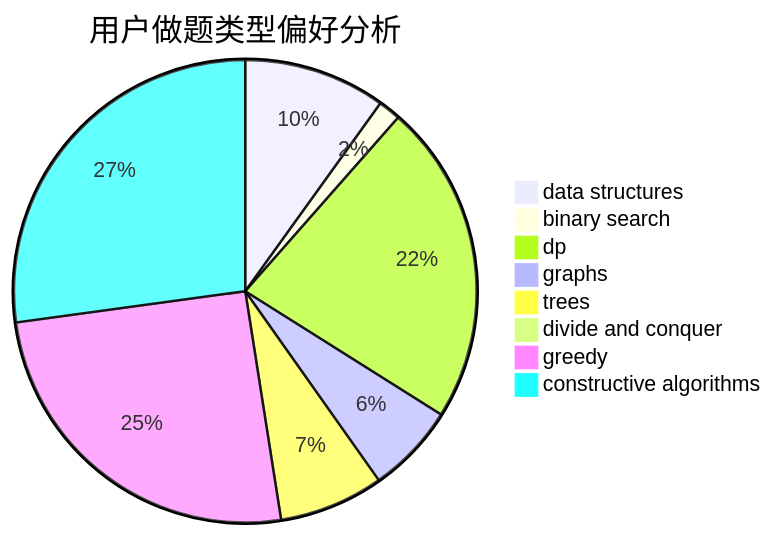
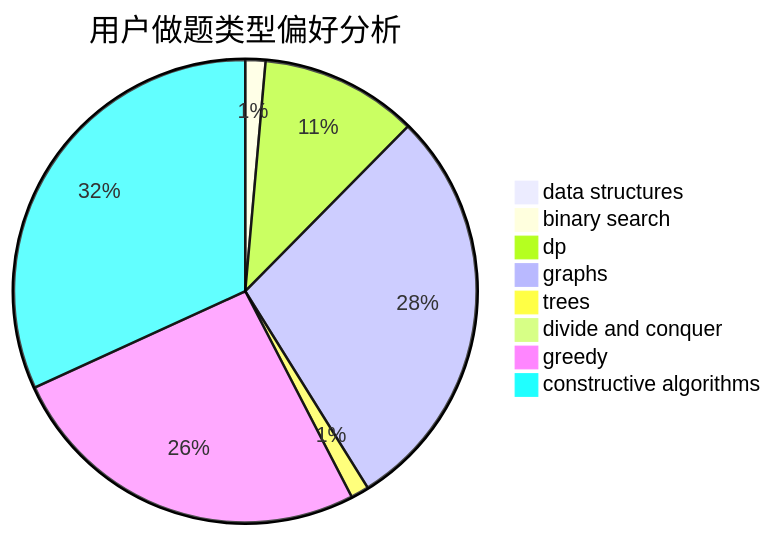
Before and after one commit to sherpahu/cfrs.github.io: the second of 3 diagrams in docs/user/u2104.md, drawn with Mermaid. The commit also changed other lines of this file and 2770 other files, not shown here.

````diff
--- a/docs/user/u2104.md
+++ b/docs/user/u2104.md
@@ -23,11 +23,11 @@
 ```mermaid
 pie title 用户做题类型偏好分析
-    "data structures" :  38
-    "binary search" :  6
-    "dp" :  86
-    "graphs" :  24
-    "trees" :  28
+    "data structures" :  7
+    "binary search" :  10
+    "dp" :  78
+    "graphs" :  204
+    "trees" :  9
     "divide and conquer" :  0
-    "greedy" :  97
-    "constructive algorithms" :  104
+    "greedy" :  183
+    "constructive algorithms" :  226
 ```
````
